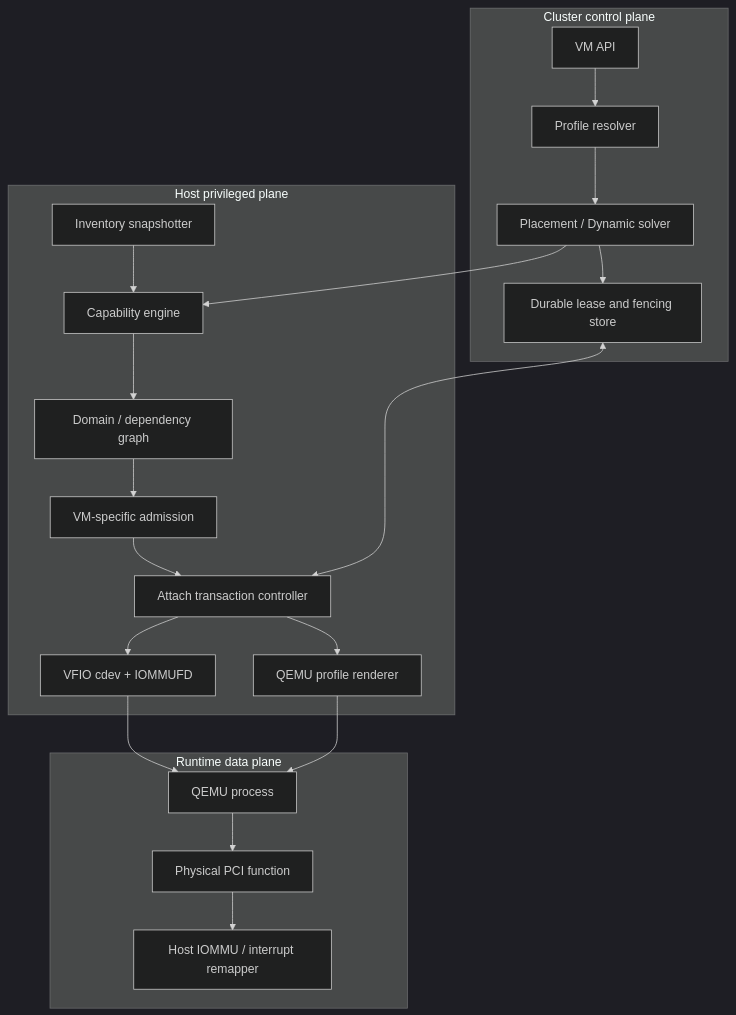
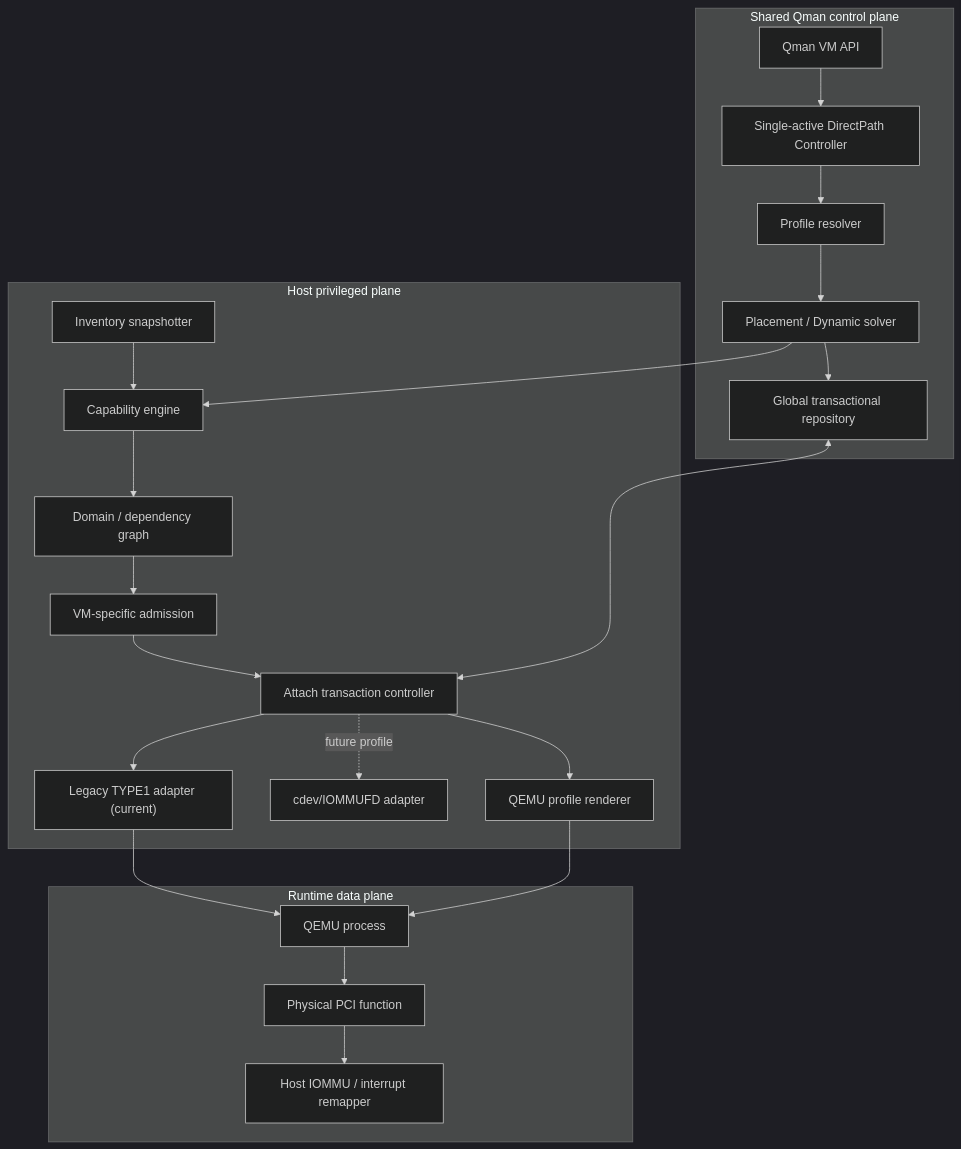
Before and after one commit to JoJoJoinme/pci-mmio-notes: the eighth of 21 diagrams in qemu-static-dynamic-directpath-design.md, drawn with Mermaid (dark theme). The commit also changed other lines of this file and 48 other files, not shown here.

Commit message:
Converge DirectPath V3 contracts and evidence

````diff
--- a/qemu-static-dynamic-directpath-design.md
+++ b/qemu-static-dynamic-directpath-design.md
@@ -580,27 +606,29 @@
 ```mermaid
 flowchart TB
-    subgraph CP["Cluster control plane"]
-        API["VM API"] --> PROFILE["Profile resolver"]
+    subgraph CP["Shared Qman control plane"]
+        API["Qman VM API"] --> CTRL["Single-active DirectPath Controller"]
+        CTRL --> PROFILE["Profile resolver"]
         PROFILE --> SCHED["Placement / Dynamic solver"]
-        SCHED --> STORE["Durable lease and fencing store"]
+        SCHED --> STORE["Global transactional repository"]
     end
 
     subgraph HP["Host privileged plane"]
         SCAN["Inventory snapshotter"] --> CAP["Capability engine"]
         CAP --> GRAPH["Domain / dependency graph"]
         GRAPH --> ADMIT["VM-specific admission"]
         ADMIT --> AGENT["Attach transaction controller"]
-        AGENT --> VFIO["VFIO cdev + IOMMUFD"]
+        AGENT --> VFIO["Legacy TYPE1 adapter (current)"]
+        AGENT -. future profile .-> IOMMUFD["cdev/IOMMUFD adapter"]
         AGENT --> RENDER["QEMU profile renderer"]
     end
 
     subgraph DP["Runtime data plane"]
         QEMU["QEMU process"] --> DEV["Physical PCI function"]
         DEV --> IOMMU["Host IOMMU / interrupt remapper"]
     end
 
     SCHED --> CAP
     STORE <--> AGENT
     VFIO --> QEMU
     RENDER --> QEMU
 ```
````
